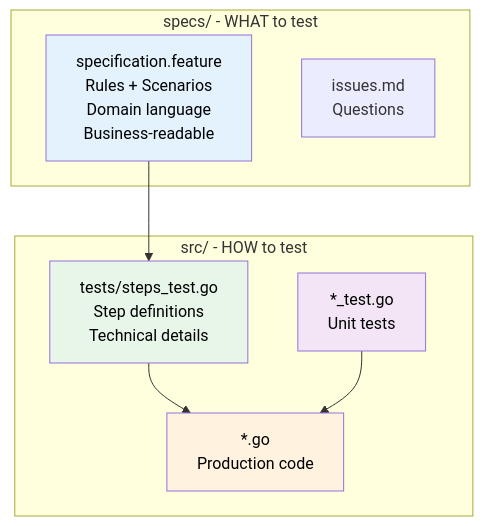
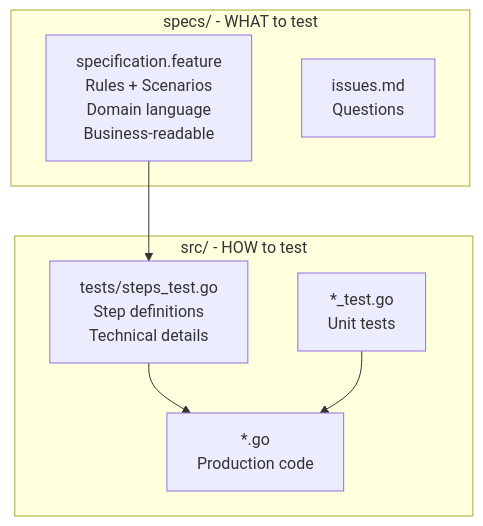
One commit to ready-to-release/eac changed the fifth of 5 diagrams in docs/explanation/specifications/three-layer-approach.md. Above: the diagram before and after it, drawn with Mermaid. The commit also changed other lines of this file and 28 other files, not shown here.

````diff
--- a/docs/explanation/specifications/three-layer-approach.md
+++ b/docs/explanation/specifications/three-layer-approach.md
@@ -294,22 +270,18 @@
 ```mermaid
 flowchart TD
     subgraph Specs["specs/ - WHAT to test"]
         SpecFile[specification.feature<br/>Rules + Scenarios<br/>Domain language<br/>Business-readable]
         Issues[issues.md<br/>Questions]
     end
 
     subgraph Src["src/ - HOW to test"]
         Steps[tests/steps_test.go<br/>Step definitions<br/>Technical details]
         Unit[*_test.go<br/>Unit tests]
         Impl[*.go<br/>Production code]
     end
 
     SpecFile --> Steps
     Steps --> Impl
     Unit --> Impl
 
-    style SpecFile fill:#e3f2fd,color:#000
-    style Steps fill:#e8f5e9,color:#000
-    style Unit fill:#f3e5f5,color:#000
-    style Impl fill:#fff3e0,color:#000
 ```
````
